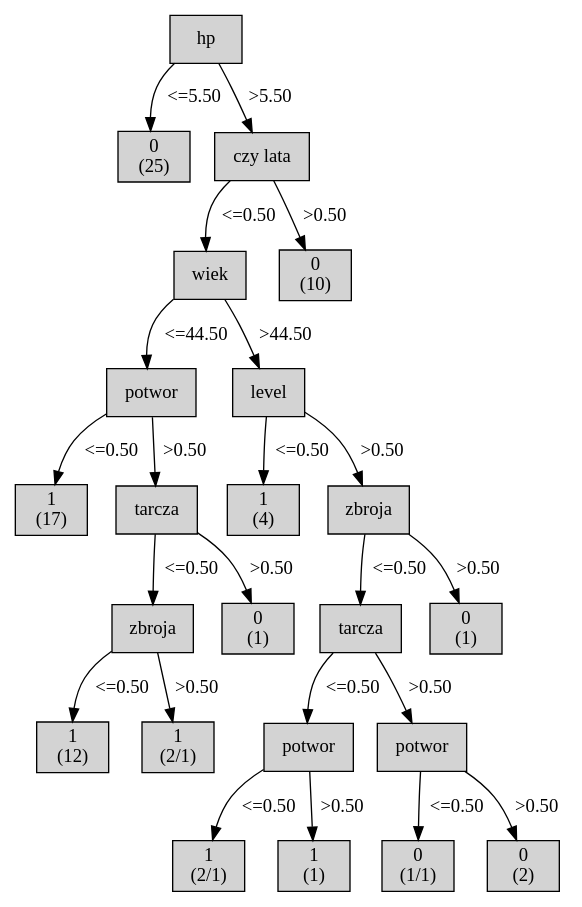
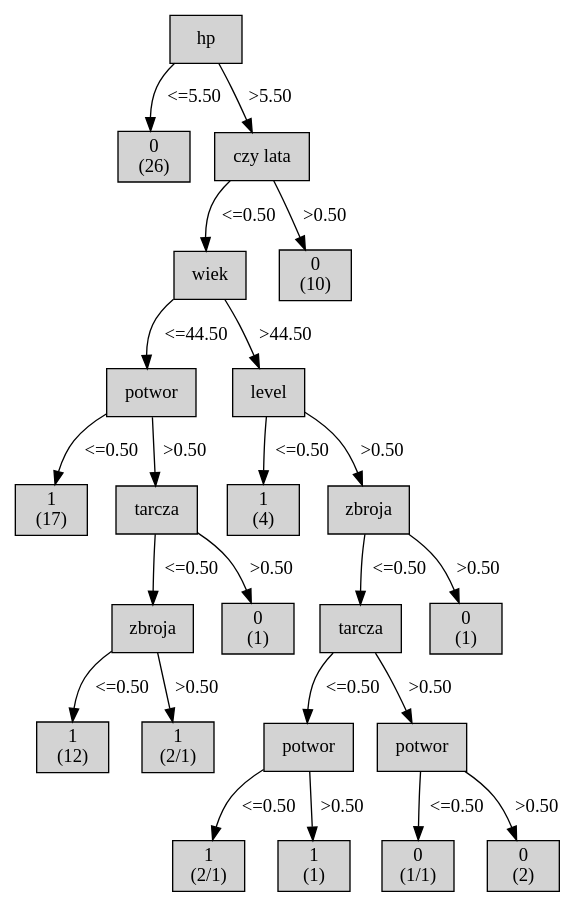
The diagram in out.dot (MikolajSzumigalski/SZILATO2018), drawn with Graphviz before and after one commit. The commit also changed 3 other files, not shown here.

```diff
--- a/out.dot
+++ b/out.dot
@@ -1,90 +1,90 @@
 digraph ID3_Tree {
 "0" [shape=box, style=filled, label="hp
 ", weight=1]
 "1" [shape=box, style=filled, label="0
-(25)
+(26)
 ", weight=2]
 0 -> 1 [ label = "<=5.50"];
 "2" [shape=box, style=filled, label="czy lata
 ", weight=2]
 0 -> 2 [ label = ">5.50"];
 "3" [shape=box, style=filled, label="wiek
 ", weight=3]
 2 -> 3 [ label = "<=0.50"];
 "4" [shape=box, style=filled, label="potwor
 ", weight=4]
 3 -> 4 [ label = "<=44.50"];
 "5" [shape=box, style=filled, label="1
 (17)
 ", weight=5]
 4 -> 5 [ label = "<=0.50"];
 "6" [shape=box, style=filled, label="tarcza
 ", weight=5]
 4 -> 6 [ label = ">0.50"];
 "7" [shape=box, style=filled, label="zbroja
 ", weight=6]
 6 -> 7 [ label = "<=0.50"];
 "8" [shape=box, style=filled, label="1
 (12)
 ", weight=7]
 7 -> 8 [ label = "<=0.50"];
 "9" [shape=box, style=filled, label="1
 (2/1)
 ", weight=7]
 7 -> 9 [ label = ">0.50"];
 "10" [shape=box, style=filled, label="0
 (1)
 ", weight=6]
 6 -> 10 [ label = ">0.50"];
 "11" [shape=box, style=filled, label="level
 ", weight=4]
 3 -> 11 [ label = ">44.50"];
 "12" [shape=box, style=filled, label="1
 (4)
 ", weight=5]
 11 -> 12 [ label = "<=0.50"];
 "13" [shape=box, style=filled, label="zbroja
 ", weight=5]
 11 -> 13 [ label = ">0.50"];
 "14" [shape=box, style=filled, label="tarcza
 ", weight=6]
 13 -> 14 [ label = "<=0.50"];
 "15" [shape=box, style=filled, label="potwor
 ", weight=7]
 14 -> 15 [ label = "<=0.50"];
 "16" [shape=box, style=filled, label="1
 (2/1)
 ", weight=8]
 15 -> 16 [ label = "<=0.50"];
 "17" [shape=box, style=filled, label="1
 (1)
 ", weight=8]
 15 -> 17 [ label = ">0.50"];
 "18" [shape=box, style=filled, label="potwor
 ", weight=7]
 14 -> 18 [ label = ">0.50"];
 "19" [shape=box, style=filled, label="0
 (1/1)
 ", weight=8]
 18 -> 19 [ label = "<=0.50"];
 "20" [shape=box, style=filled, label="0
 (2)
 ", weight=8]
 18 -> 20 [ label = ">0.50"];
 "21" [shape=box, style=filled, label="0
 (1)
 ", weight=6]
 13 -> 21 [ label = ">0.50"];
 "22" [shape=box, style=filled, label="0
 (10)
 ", weight=3]
 2 -> 22 [ label = ">0.50"];
 {rank=same; 0;};
 {rank=same; 1;2;};
 {rank=same; 3;22;};
 {rank=same; 4;11;};
 {rank=same; 5;6;12;13;};
 {rank=same; 7;10;14;21;};
 {rank=same; 8;9;15;18;};
 {rank=same; 16;17;19;20;};
 }
```
